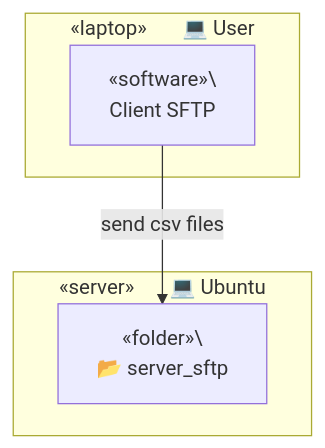
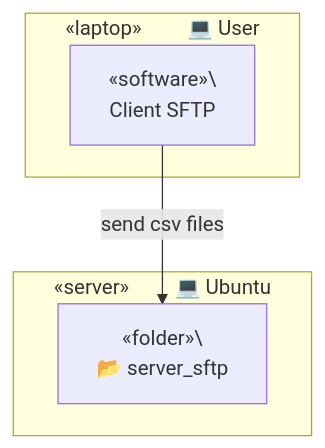
The second of 4 diagrams in server_sftp/README.md (TrulyDigital/DATA_STREET), drawn with Mermaid before and after one commit.

Commit message:
update: server_sftp README.md

````diff
--- a/server_sftp/README.md
+++ b/server_sftp/README.md
@@ -14,13 +14,13 @@
 ```mermaid
 graph TD
     
-    subgraph Container_A [«laptop»&nbsp;&nbsp;&nbsp;&nbsp;&nbsp;&nbsp;&nbsp;💻 User]
+    subgraph Container_A [«laptop»&nbsp;&nbsp;&nbsp;&nbsp;&nbsp;&nbsp;&nbsp;&nbsp;&nbsp;💻 User]
         A1[«software»\<br> Client SFTP]
     end
 
-    subgraph Container_B [«server»&nbsp;&nbsp;&nbsp;&nbsp;&nbsp;&nbsp;&nbsp;💻 Ubuntu]
+    subgraph Container_B [«server»&nbsp;&nbsp;&nbsp;&nbsp;&nbsp;&nbsp;&nbsp;&nbsp;&nbsp;💻 Ubuntu]
         B1[«folder»\<br/> 📂 server_sftp]
     end
     
     A1 -- send csv files --> B1
 ```
````
